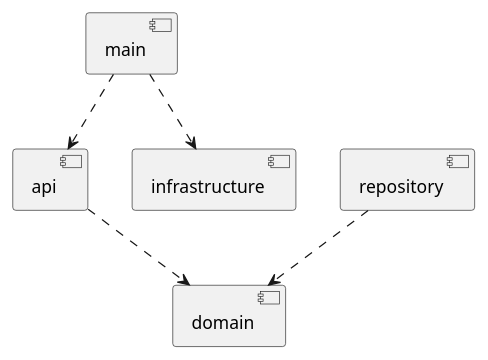
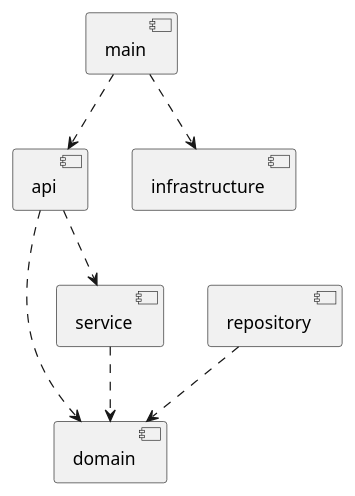
The diagram in docs/arch.puml (FilipeMCruz/deus.ai-code-challenge), drawn with PlantUML before and after one commit. The commit also changed 16 other files, not shown here.

```diff
--- a/docs/arch.puml
+++ b/docs/arch.puml
@@ -1,14 +1,17 @@
 @startuml arch
 
 component main
 component api
 component domain
+component service
 component repository
 component infrastructure
 
 main ..> api
 main ..> infrastructure
 api ..> domain
 repository ..> domain
+api ..> service
+service ..> domain
 
 @enduml
```
